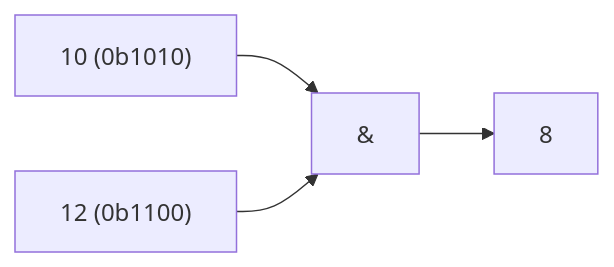
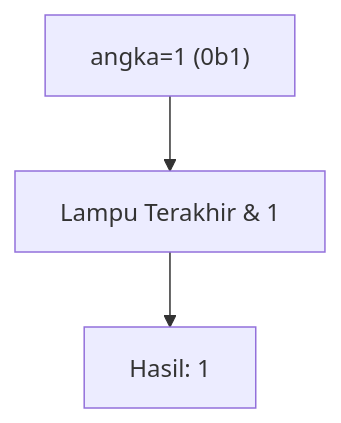
One commit to amnahwaida/OSNK_INF_PREP changed the sixth of 25 diagrams in part-c-pemahaman-cpp/06-bitwise/latihan/set-11.md. Above: the diagram before and after it, drawn with Mermaid. The commit also changed other lines of this file and 71 other files, not shown here.

````diff
--- a/part-c-pemahaman-cpp/06-bitwise/latihan/set-11.md
+++ b/part-c-pemahaman-cpp/06-bitwise/latihan/set-11.md
@@ -153,6 +159,5 @@
 ```mermaid
-graph LR
-A["10 (0b1010)"] --> C["&"]
-B["12 (0b1100)"] --> C
-C --> D["8"]
+graph TD
+A["angka=1 (0b1)"] --> B["Lampu Terakhir & 1"]
+B --> C["Hasil: 1"]
 ```
````
